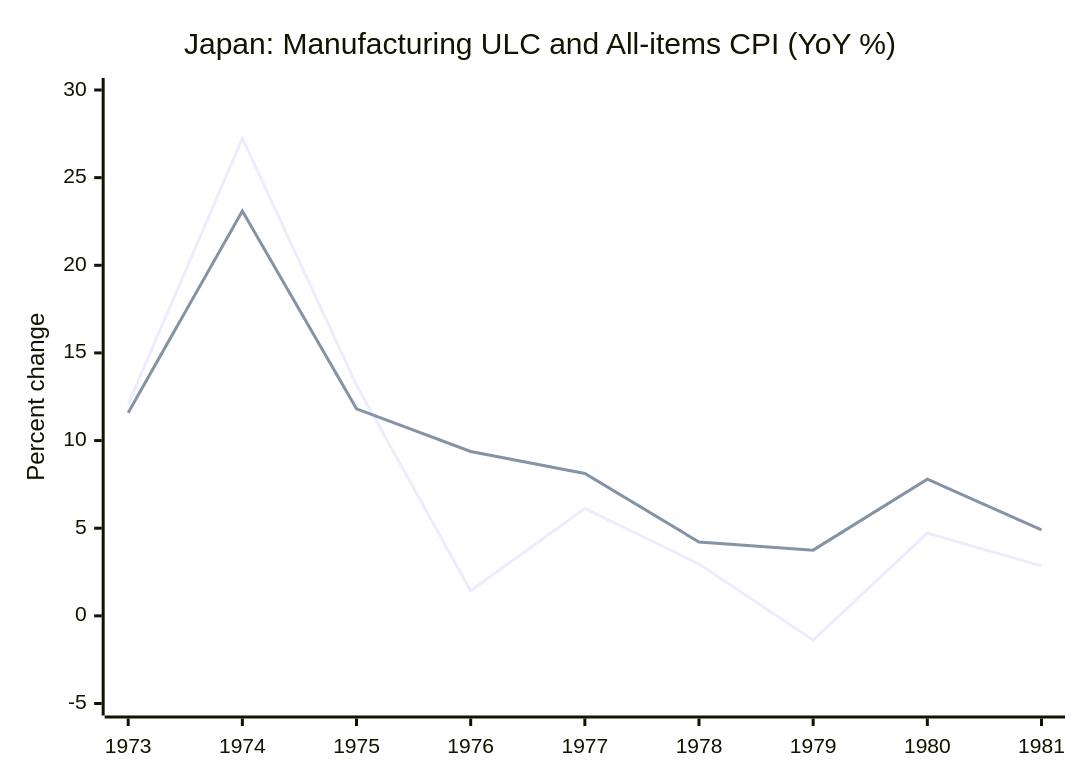
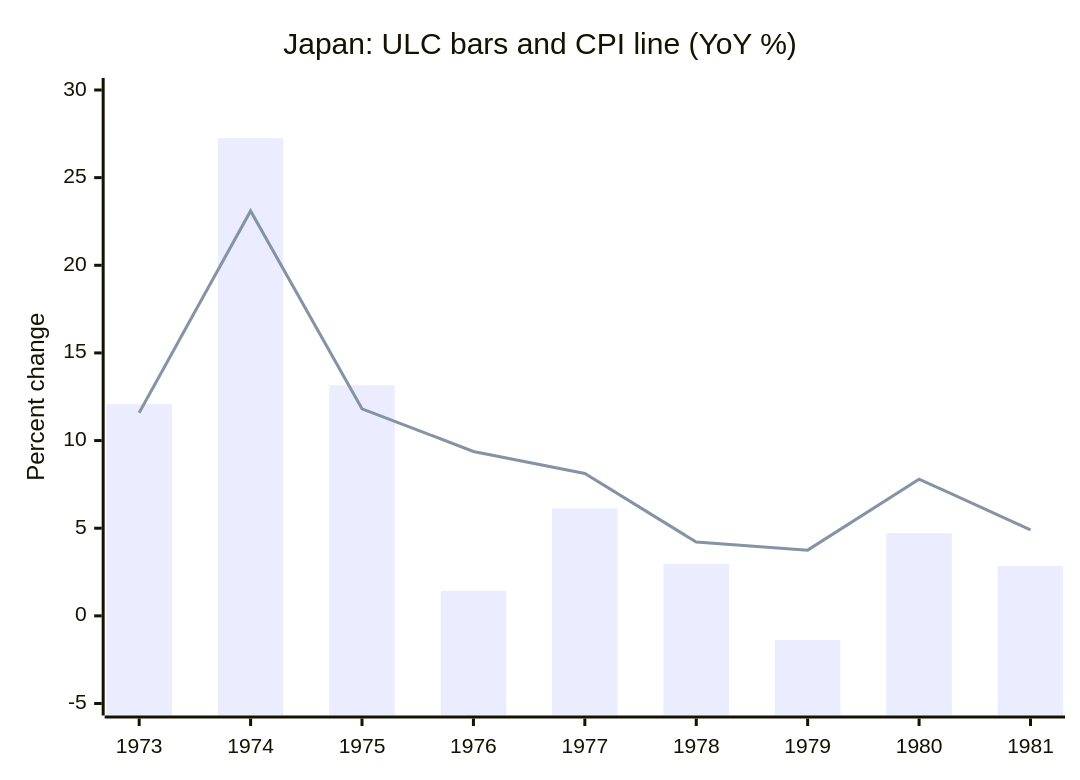
Before and after one commit to Osino-Niso/econ-data-lab: the second of 2 diagrams in articles/oil-shocks-inflation-regimes.md, drawn with Mermaid. The commit also changed other lines of this file, not shown here.

Commit message:
Use readable mixed ULC bars and CPI line without new Mermaid syntax

````diff
--- a/articles/oil-shocks-inflation-regimes.md
+++ b/articles/oil-shocks-inflation-regimes.md
@@ -143,8 +143,8 @@
 ```mermaid
 xychart-beta
-    title "Japan: Manufacturing ULC and All-items CPI (YoY %)"
+    title "Japan: ULC bars and CPI line (YoY %)"
     x-axis [1973, 1974, 1975, 1976, 1977, 1978, 1979, 1980, 1981]
     y-axis "Percent change" -5 --> 30
-    line "Manufacturing ULC" [12.08, 27.25, 13.16, 1.43, 6.13, 2.96, -1.38, 4.72, 2.85]
-    line "All-items CPI" [11.59, 23.10, 11.81, 9.38, 8.12, 4.21, 3.75, 7.80, 4.90]
+    bar [12.08, 27.25, 13.16, 1.43, 6.13, 2.96, -1.38, 4.72, 2.85]
+    line [11.59, 23.10, 11.81, 9.38, 8.12, 4.21, 3.75, 7.80, 4.90]
 ```
````
